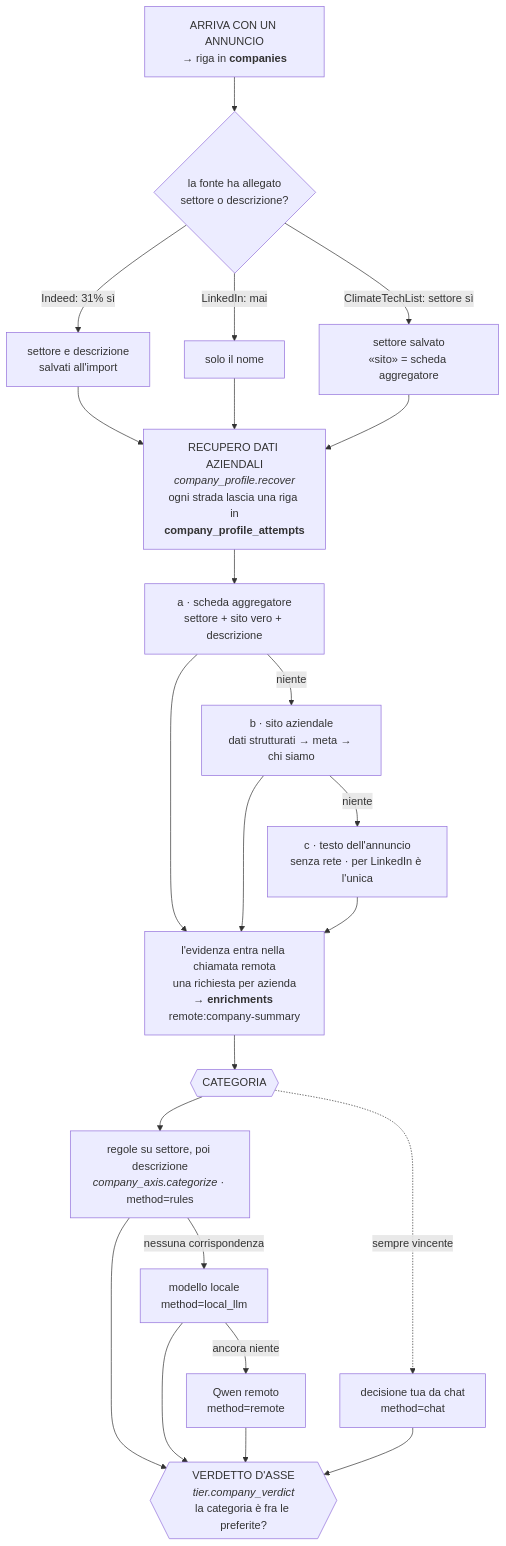
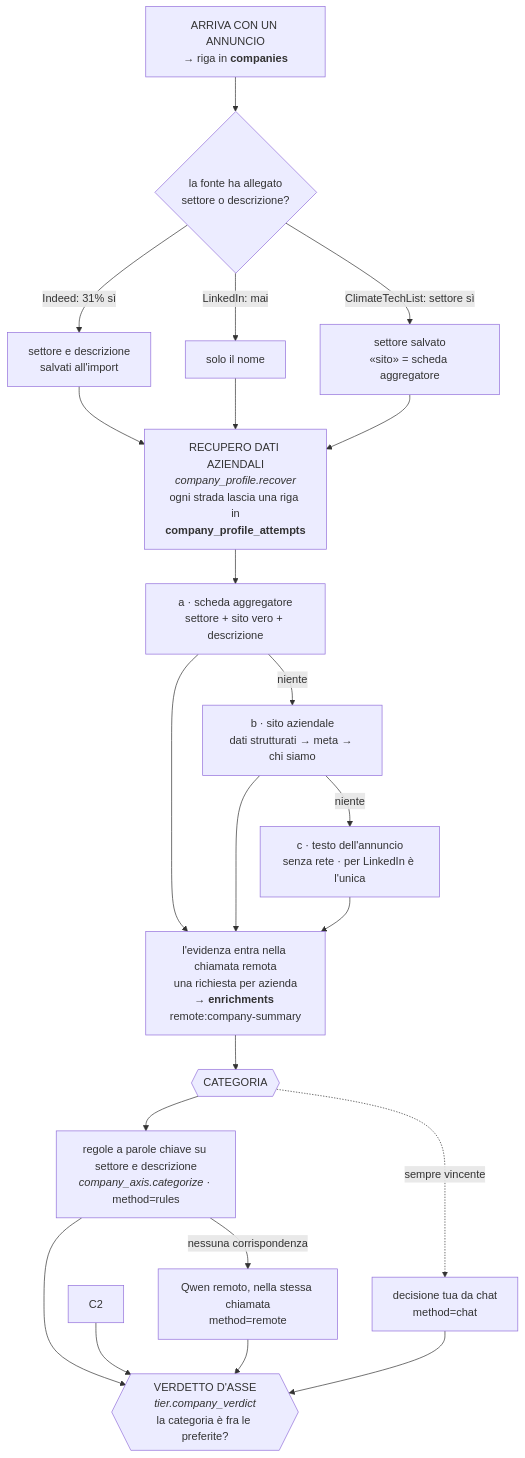
The third of 4 diagrams in docs/pipeline-completa.md (ettoremodina/JobHunter), drawn with Mermaid before and after one commit. The commit also changed other lines of this file and 11 other files, not shown here.

Commit message:
rimosso modello locale

````diff
--- a/docs/pipeline-completa.md
+++ b/docs/pipeline-completa.md
@@ -119,33 +115,32 @@
 ```mermaid
 flowchart TD
     I["ARRIVA CON UN ANNUNCIO<br/>→ riga in <b>companies</b>"] --> F{"la fonte ha allegato<br/>settore o descrizione?"}
     F -->|"Indeed: 31% sì"| H1["settore e descrizione<br/>salvati all'import"]
     F -->|"LinkedIn: mai"| H2["solo il nome"]
     F -->|"ClimateTechList: settore sì"| H3["settore salvato<br/>«sito» = scheda aggregatore"]
 
     H1 --> P
     H2 --> P
     H3 --> P
 
     P["RECUPERO DATI AZIENDALI<br/><i>company_profile.recover</i><br/>ogni strada lascia una riga in<br/><b>company_profile_attempts</b>"]
     P --> P1["a · scheda aggregatore<br/>settore + sito vero + descrizione"]
     P1 -->|"niente"| P2["b · sito aziendale<br/>dati strutturati → meta → chi siamo"]
     P2 -->|"niente"| P3["c · testo dell'annuncio<br/>senza rete · per LinkedIn è l'unica"]
 
     P1 --> RW
     P2 --> RW
     P3 --> RW
     RW["l'evidenza entra nella chiamata remota<br/>una richiesta per azienda<br/>→ <b>enrichments</b> remote:company-summary"]
 
     RW --> CAT{{"CATEGORIA"}}
-    CAT --> C1["regole su settore, poi descrizione<br/><i>company_axis.categorize</i> · method=rules"]
-    C1 -->|"nessuna corrispondenza"| C2["modello locale<br/>method=local_llm"]
-    C2 -->|"ancora niente"| C3["Qwen remoto<br/>method=remote"]
+    CAT --> C1["regole a parole chiave su settore e descrizione<br/><i>company_axis.categorize</i> · method=rules"]
+    C1 -->|"nessuna corrispondenza"| C3["Qwen remoto, nella stessa chiamata<br/>method=remote"]
     CAT -.->|"sempre vincente"| C4["decisione tua da chat<br/>method=chat"]
 
     C1 --> V
     C2 --> V
     C3 --> V
     C4 --> V
     V{{"VERDETTO D'ASSE<br/><i>tier.company_verdict</i><br/>la categoria è fra le preferite?"}}
 ```
````
